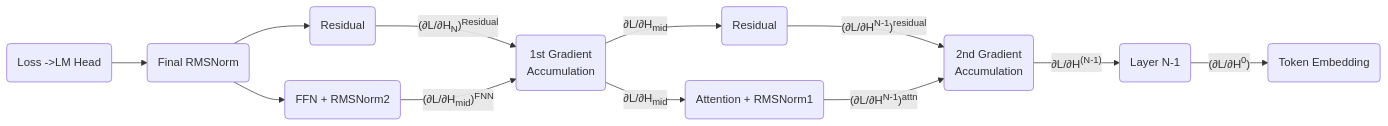
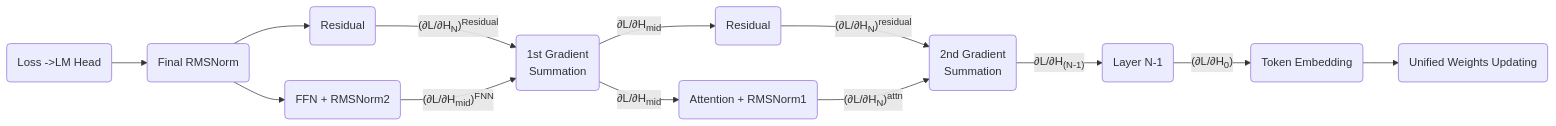
The diagram in docs/llm-essential-backward-pass.md (ChrisZhu2050/chriszhu2050.github.io), drawn with Mermaid before and after one commit. The commit also changed other lines of this file and 3 other files, not shown here.

````diff
--- a/docs/llm-essential-backward-pass.md
+++ b/docs/llm-essential-backward-pass.md
@@ -8,32 +7,34 @@
   ```mermaid
         flowchart LR
 
           a("Loss ->LM Head")
           c1("Final RMSNorm")
           b1("Residual")
           d("FFN + RMSNorm2")
           d1("1st Gradient 
-          Accumulation")
+          Summation")
           e("Attention + RMSNorm1")  
           e1("Residual") 
           f("2nd Gradient
-           Accumulation")
+           Summation")
           g("Layer N-1")
           h("Token Embedding")
+          i("Unified Weights Updating")
         
         a --> c1
         c1 --> d
         c1 --> b1
         b1 -- (∂L/∂H<sub>N</sub>)<sup>Residual</sup>--> d1
         d --(∂L/∂H<sub>mid</sub>)<sup>FNN</sup>--> d1
         d1 --∂L/∂H<sub>mid</sub> --> e1
         d1 --∂L/∂H<sub>mid</sub>--> e
-        e1 -- (∂L/∂H<sup>N-1</sup>)<sup>residual</sup>--> f
-        e -- (∂L/∂H<sup>N-1</sup>)<sup>attn</sup>--> f
-        f --∂L/∂H<sup>(N-1)</sup>--> g
-        g--(∂L/∂H<sup>0</sup>)-->h
+        e1 -- (∂L/∂H<sub>N</sub>)<sup>residual</sup>--> f
+        e -- (∂L/∂H<sub>N</sub>)<sup>attn</sup>--> f
+        f --∂L/∂H<sub>(N-1)</sub>--> g
+        g--(∂L/∂H<sub>0</sub>)-->h
+        h-->i
 
 
         
 
   ```  
````
